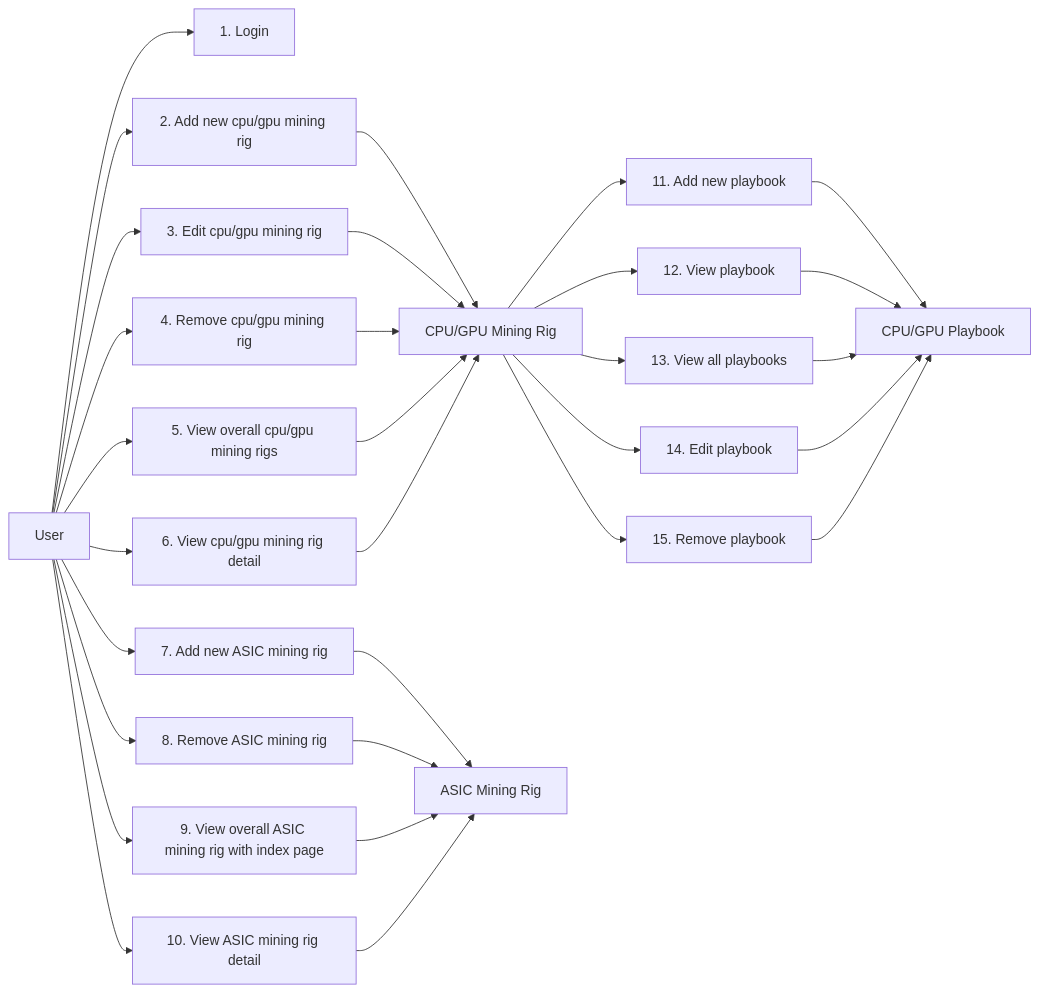
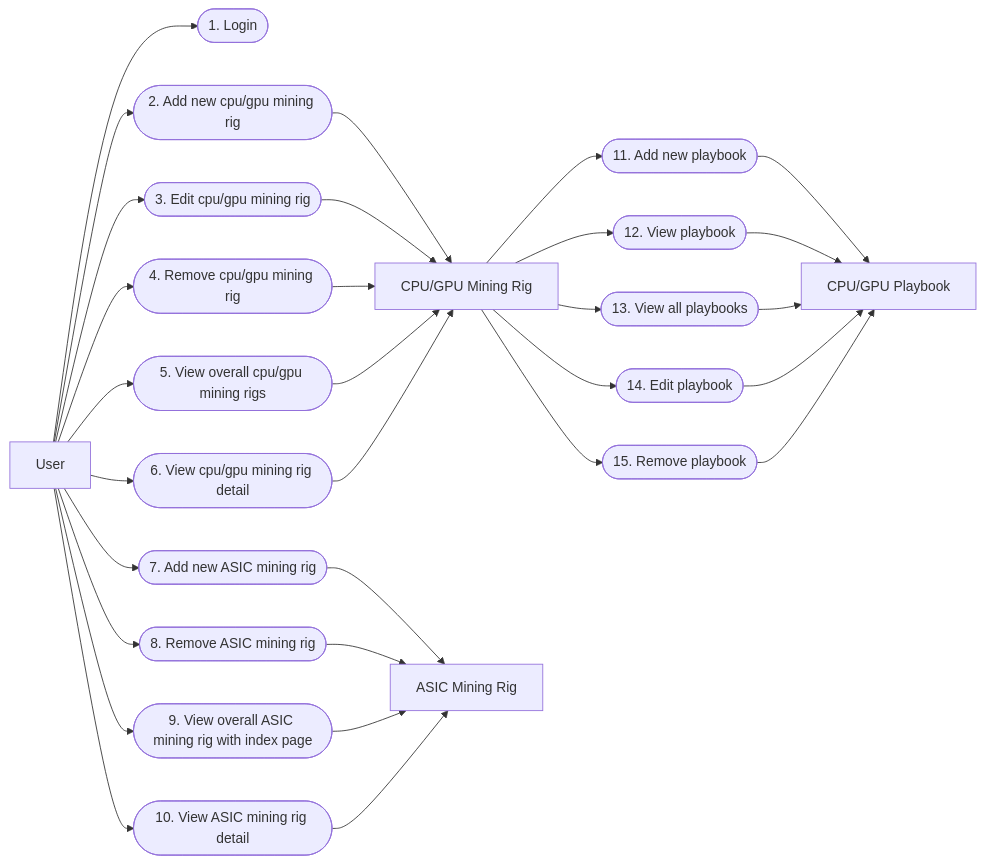
Before and after one commit to nguyenvinhlinh/Mining-Rig-Monitor-Document: the diagram in docs/02-features.md, drawn with Mermaid.

Commit message:
update feature shape in diagram.

````diff
--- a/docs/02-features.md
+++ b/docs/02-features.md
@@ -8,56 +8,54 @@
 ```mermaid
 flowchart LR
     User
     cpu-gpu-mining-rig[CPU/GPU Mining Rig]
     asic-mining-rig[ASIC Mining Rig]
     cpu-gpu-playbook[CPU/GPU Playbook]
 
+    User --> f1([1. Login])
 
-
-    User --> f1[1. Login]
-
-    User --> f2[2. Add new cpu/gpu mining rig]
+    User --> f2([2. Add new cpu/gpu mining rig])
     f2 --> cpu-gpu-mining-rig
 
-    User --> f3[3. Edit cpu/gpu mining rig]
+    User --> f3([3. Edit cpu/gpu mining rig])
     f3 --> cpu-gpu-mining-rig
 
-    User --> f4[4. Remove cpu/gpu mining rig]
+    User --> f4([4. Remove cpu/gpu mining rig])
     f4 --> cpu-gpu-mining-rig
 
-    User --> f5[5. View overall cpu/gpu mining rigs]
+    User --> f5([5. View overall cpu/gpu mining rigs])
     f5 --> cpu-gpu-mining-rig
 
-    User --> f6[6. View cpu/gpu mining rig detail]
+    User --> f6([6. View cpu/gpu mining rig detail])
     f6 --> cpu-gpu-mining-rig
 
 
-    User --> f5x[7. Add new ASIC mining rig]
-    f5x --> asic-mining-rig
+    User --> f7([7. Add new ASIC mining rig])
+    f7 --> asic-mining-rig
 
-    User --> f6x[8. Remove ASIC mining rig]
-    f6x --> asic-mining-rig
-
-    User --> f8[9. View overall ASIC mining rig with index page]
+    User --> f8([8. Remove ASIC mining rig])
     f8 --> asic-mining-rig
 
+    User --> f9([9. View overall ASIC mining rig with index page])
+    f9 --> asic-mining-rig
 
-    User --> f10[10. View ASIC mining rig detail]
+
+    User --> f10([10. View ASIC mining rig detail])
     f10 --> asic-mining-rig
 
 
-    cpu-gpu-mining-rig --> f11[11. Add new playbook]
+    cpu-gpu-mining-rig --> f11([11. Add new playbook])
     f11 --> cpu-gpu-playbook
 
-    cpu-gpu-mining-rig --> f12[12. View  playbook]
+    cpu-gpu-mining-rig --> f12([12. View  playbook])
     f12 --> cpu-gpu-playbook
 
-    cpu-gpu-mining-rig --> f13[13. View  all playbooks]
+    cpu-gpu-mining-rig --> f13([13. View  all playbooks])
     f13 --> cpu-gpu-playbook
 
-    cpu-gpu-mining-rig --> f14[14. Edit playbook]
+    cpu-gpu-mining-rig --> f14([14. Edit playbook])
     f14 --> cpu-gpu-playbook
 
-    cpu-gpu-mining-rig --> f15[15. Remove playbook]
+    cpu-gpu-mining-rig --> f15([15. Remove playbook])
     f15 --> cpu-gpu-playbook
 ```
````
